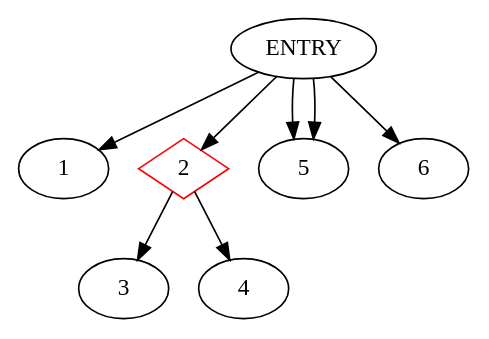
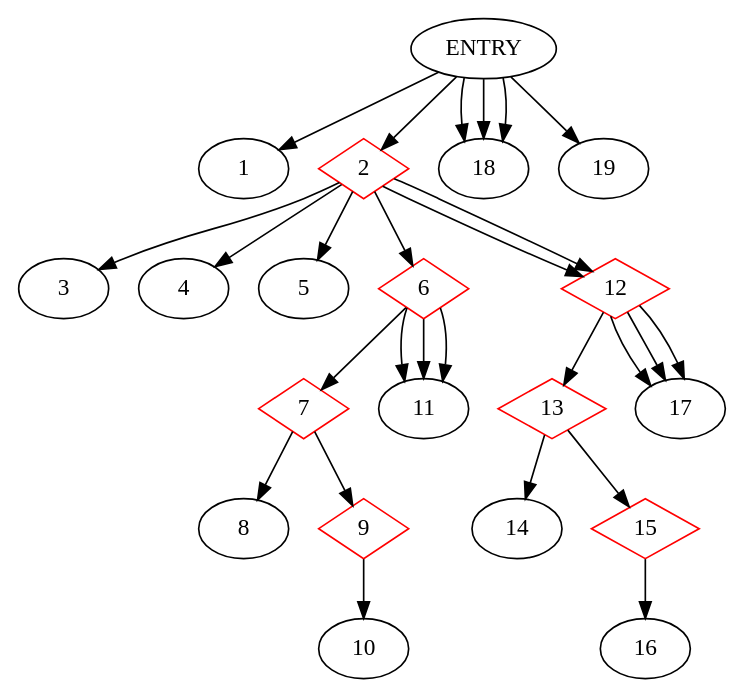
The diagram in Testgen/CDG.dot (akshitij/TestgenRepo), drawn with Graphviz before and after one commit. The commit also changed 27415 other files, not shown here.

```diff
--- a/Testgen/CDG.dot
+++ b/Testgen/CDG.dot
@@ -1,10 +1,36 @@
 digraph CDG {
 ENTRY -> 1
 2 [shape=diamond, color=red]
 ENTRY -> 2
 2-> 3
 2-> 4
-ENTRY -> 5
-ENTRY -> 5
-ENTRY -> 6
+ENTRY -> 18
+2-> 5
+6 [shape=diamond, color=red]
+2-> 6
+7 [shape=diamond, color=red]
+6-> 7
+12 [shape=diamond, color=red]
+2-> 12
+7-> 8
+6-> 11
+9 [shape=diamond, color=red]
+7-> 9
+9-> 10
+6-> 11
+6-> 11
+12 [shape=diamond, color=red]
+2-> 12
+13 [shape=diamond, color=red]
+12-> 13
+ENTRY -> 18
+13-> 14
+12-> 17
+15 [shape=diamond, color=red]
+13-> 15
+15-> 16
+12-> 17
+12-> 17
+ENTRY -> 18
+ENTRY -> 19
 }
```
